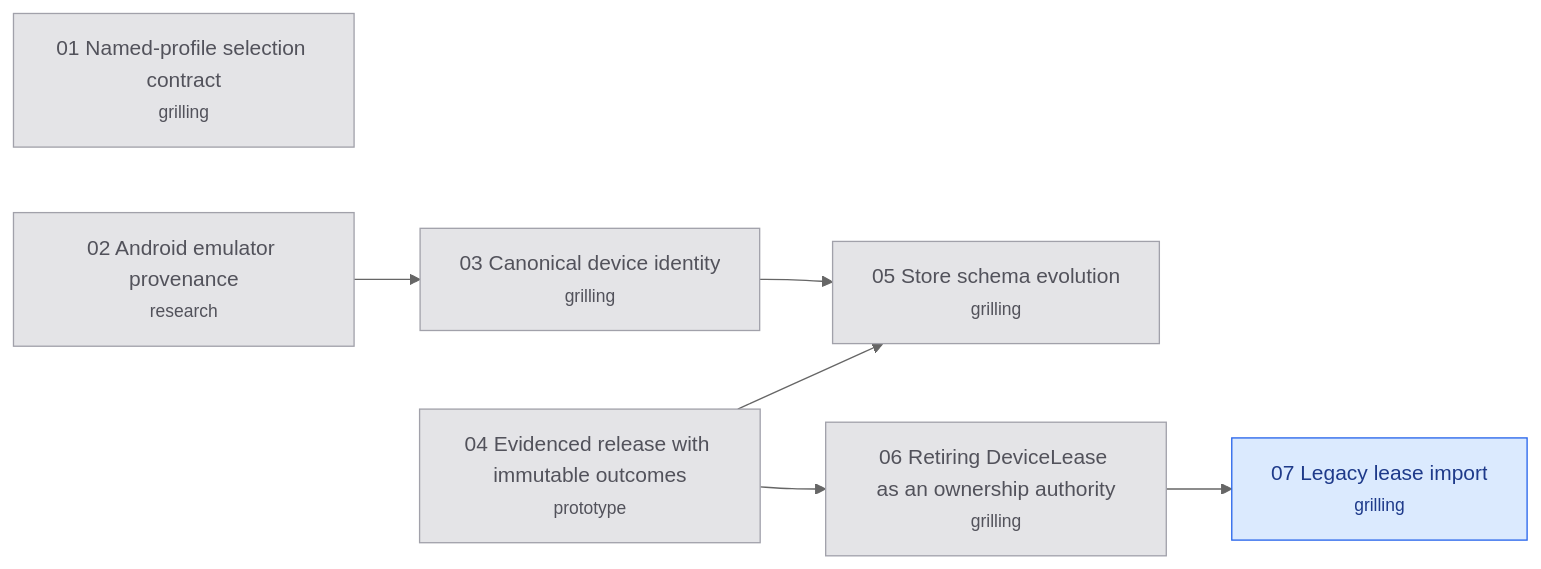
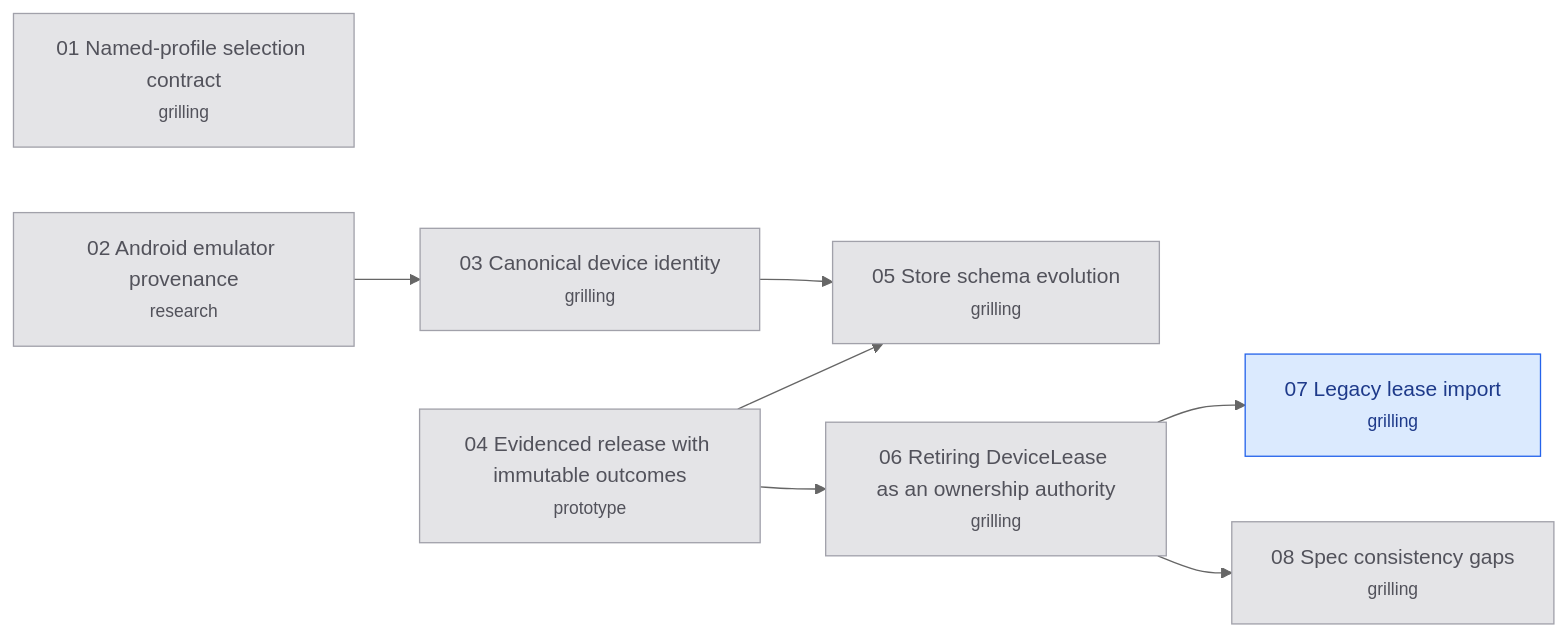
One commit to hugues-vnsgn/jev-ios-bridge changed the diagram in .scratch/appium-phase2/map.md. Above: the diagram before and after it, drawn with Mermaid (neutral theme). The commit also changed other lines of this file and 2 other files, not shown here.

Commit message:
Resolve Spec consistency gaps

````diff
--- a/.scratch/appium-phase2/map.md
+++ b/.scratch/appium-phase2/map.md
@@ -43,21 +44,23 @@
 ```mermaid
 flowchart LR
     T01["01 Named-profile selection contract<br/><small>grilling</small>"]
     T02["02 Android emulator provenance<br/><small>research</small>"]
     T03["03 Canonical device identity<br/><small>grilling</small>"]
     T04["04 Evidenced release with immutable outcomes<br/><small>prototype</small>"]
     T05["05 Store schema evolution<br/><small>grilling</small>"]
     T06["06 Retiring DeviceLease as an ownership authority<br/><small>grilling</small>"]
     T07["07 Legacy lease import<br/><small>grilling</small>"]
+    T08["08 Spec consistency gaps<br/><small>grilling</small>"]
     T02 --> T03
     T03 --> T05
     T04 --> T05
     T04 --> T06
     T06 --> T07
+    T06 --> T08
     classDef resolved fill:#e4e4e7,stroke:#a1a1aa,color:#52525b
     classDef claimed fill:#dbeafe,stroke:#2563eb,color:#1e3a8a
     classDef frontier fill:#dcfce7,stroke:#16a34a,color:#14532d,stroke-width:2px
     classDef blocked fill:#ffffff,stroke:#a1a1aa,color:#18181b
-    class T01,T02,T03,T04,T05,T06 resolved
+    class T01,T02,T03,T04,T05,T06,T08 resolved
     class T07 claimed
 ```
````
